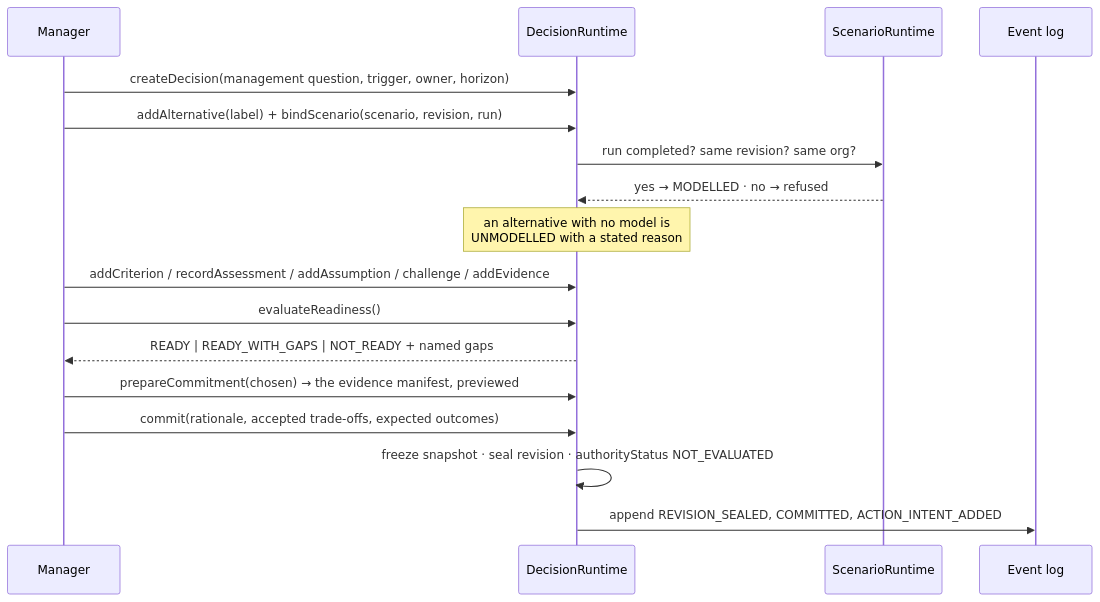
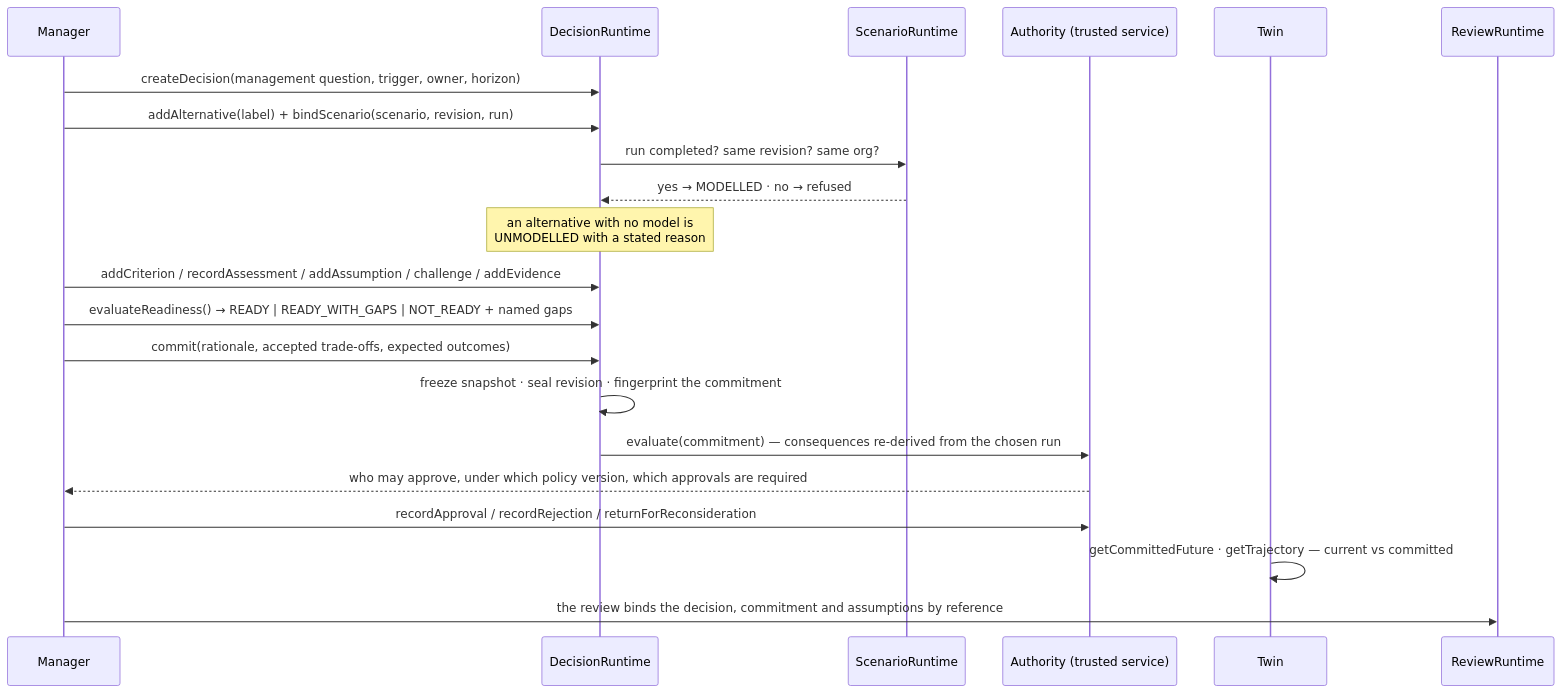
Before and after one commit to enexiaplatform/helm: the fourth of 5 diagrams in docs/architecture/data-flow.md, drawn with Mermaid. The commit also changed other lines of this file and 253 other files, not shown here.

````diff
--- a/docs/architecture/data-flow.md
+++ b/docs/architecture/data-flow.md
@@ -169,20 +188,24 @@
 ```mermaid
 sequenceDiagram
     participant M as Manager
     participant D as DecisionRuntime
     participant S as ScenarioRuntime
-    participant E as Event log
+    participant A as Authority (trusted service)
+    participant T as Twin
+    participant R as ReviewRuntime
 
     M->>D: createDecision(management question, trigger, owner, horizon)
     M->>D: addAlternative(label) + bindScenario(scenario, revision, run)
     D->>S: run completed? same revision? same org?
     S-->>D: yes → MODELLED · no → refused
     Note over D: an alternative with no model is<br/>UNMODELLED with a stated reason
     M->>D: addCriterion / recordAssessment / addAssumption / challenge / addEvidence
-    M->>D: evaluateReadiness()
-    D-->>M: READY | READY_WITH_GAPS | NOT_READY + named gaps
-    M->>D: prepareCommitment(chosen) → the evidence manifest, previewed
+    M->>D: evaluateReadiness() → READY | READY_WITH_GAPS | NOT_READY + named gaps
     M->>D: commit(rationale, accepted trade-offs, expected outcomes)
-    D->>D: freeze snapshot · seal revision · authorityStatus NOT_EVALUATED
-    D->>E: append REVISION_SEALED, COMMITTED, ACTION_INTENT_ADDED
+    D->>D: freeze snapshot · seal revision · fingerprint the commitment
+    D->>A: evaluate(commitment) — consequences re-derived from the chosen run
+    A-->>M: who may approve, under which policy version, which approvals are required
+    M->>A: recordApproval / recordRejection / returnForReconsideration
+    T->>T: getCommittedFuture · getTrajectory — current vs committed
+    M->>R: the review binds the decision, commitment and assumptions by reference
 ```
````
